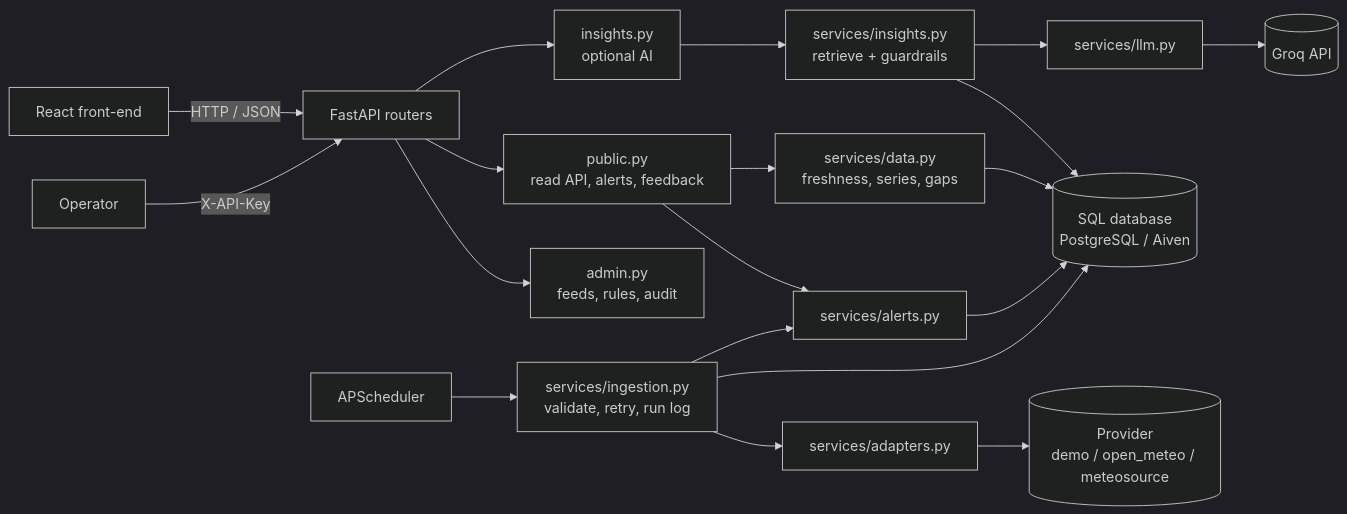
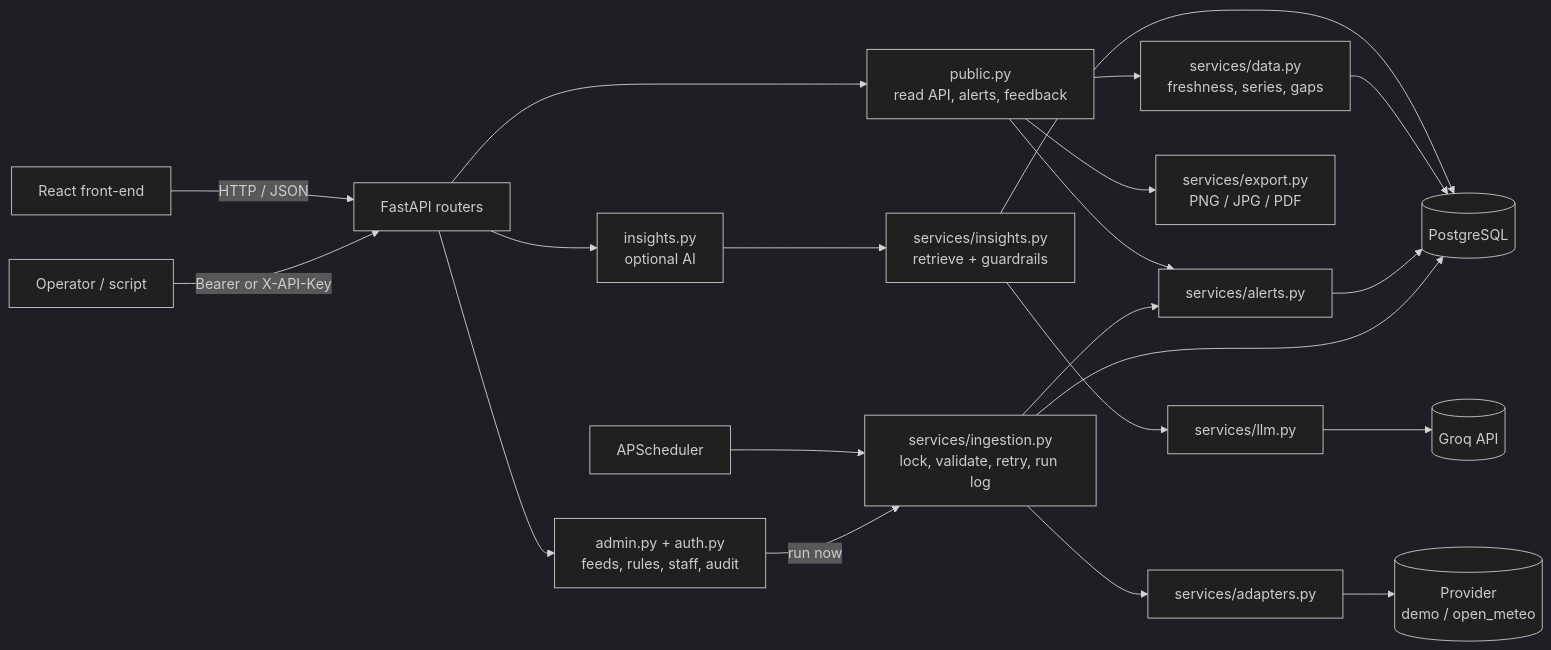
One commit to ecoinboxhubTech/Nimasa-api changed the diagram in README.md. Above: the diagram before and after it, drawn with Mermaid (dark theme). The commit also changed other lines of this file, not shown here.

````diff
--- a/README.md
+++ b/README.md
@@ -143,18 +318,20 @@
 ```mermaid
 flowchart LR
     UI[React front-end] -->|HTTP / JSON| API[FastAPI routers]
-    OPS[Operator] -->|X-API-Key| API
+    OPS[Operator / script] -->|Bearer or X-API-Key| API
     API --> PUB[public.py<br/>read API, alerts, feedback]
     API --> AI[insights.py<br/>optional AI]
-    API --> ADM[admin.py<br/>feeds, rules, audit]
+    API --> ADM[admin.py + auth.py<br/>feeds, rules, staff, audit]
     PUB --> DATA[services/data.py<br/>freshness, series, gaps]
     PUB --> ALERTS[services/alerts.py]
+    PUB --> EXP[services/export.py<br/>PNG / JPG / PDF]
     AI --> INS[services/insights.py<br/>retrieve + guardrails] --> LLM[services/llm.py] --> GROQ[(Groq API)]
     INS --> DB
-    DATA --> DB[(SQL database<br/>PostgreSQL / Aiven)]
+    DATA --> DB[(PostgreSQL)]
     ALERTS --> DB
-    SCHED[APScheduler] --> ING[services/ingestion.py<br/>validate, retry, run log]
-    ING --> ADP[services/adapters.py] --> PROV[(Provider<br/>demo / open_meteo / meteosource)]
+    SCHED[APScheduler] --> ING[services/ingestion.py<br/>lock, validate, retry, run log]
+    ADM -->|run now| ING
+    ING --> ADP[services/adapters.py] --> PROV[(Provider<br/>demo / open_meteo)]
     ING --> DB
     ING --> ALERTS
 ```
````
